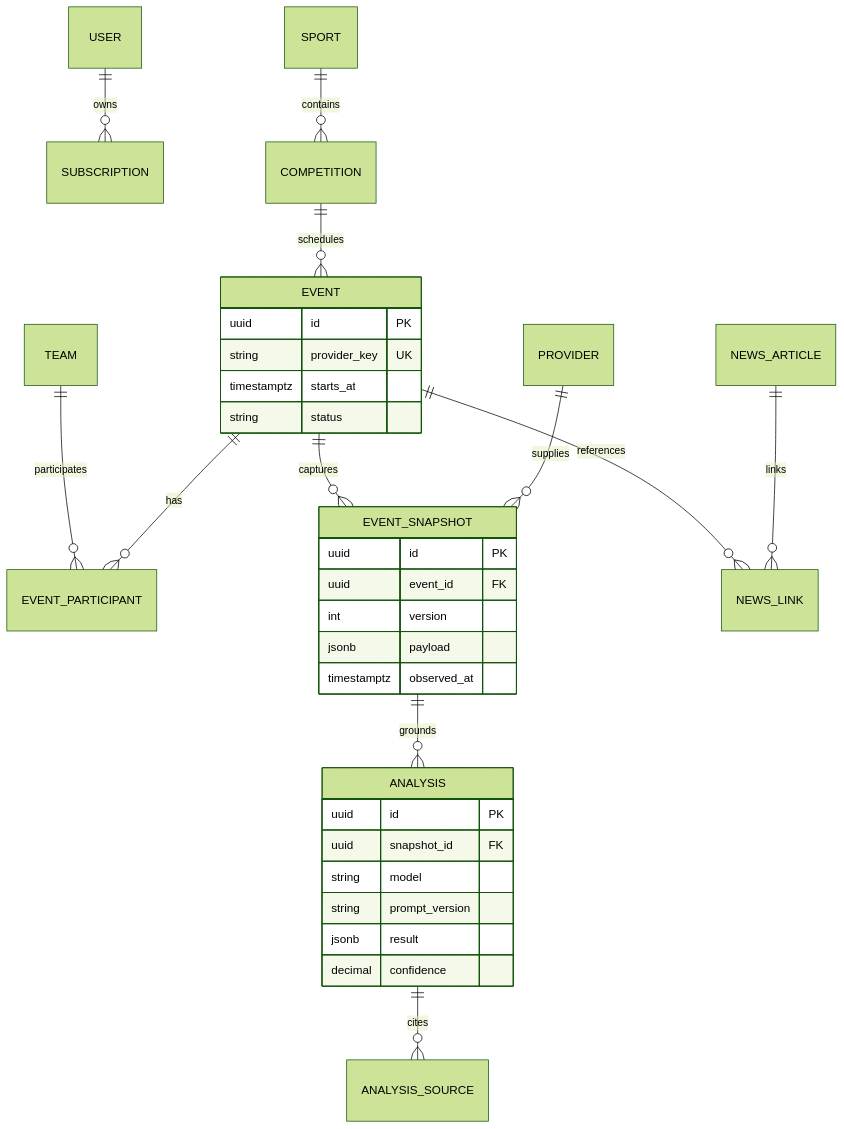
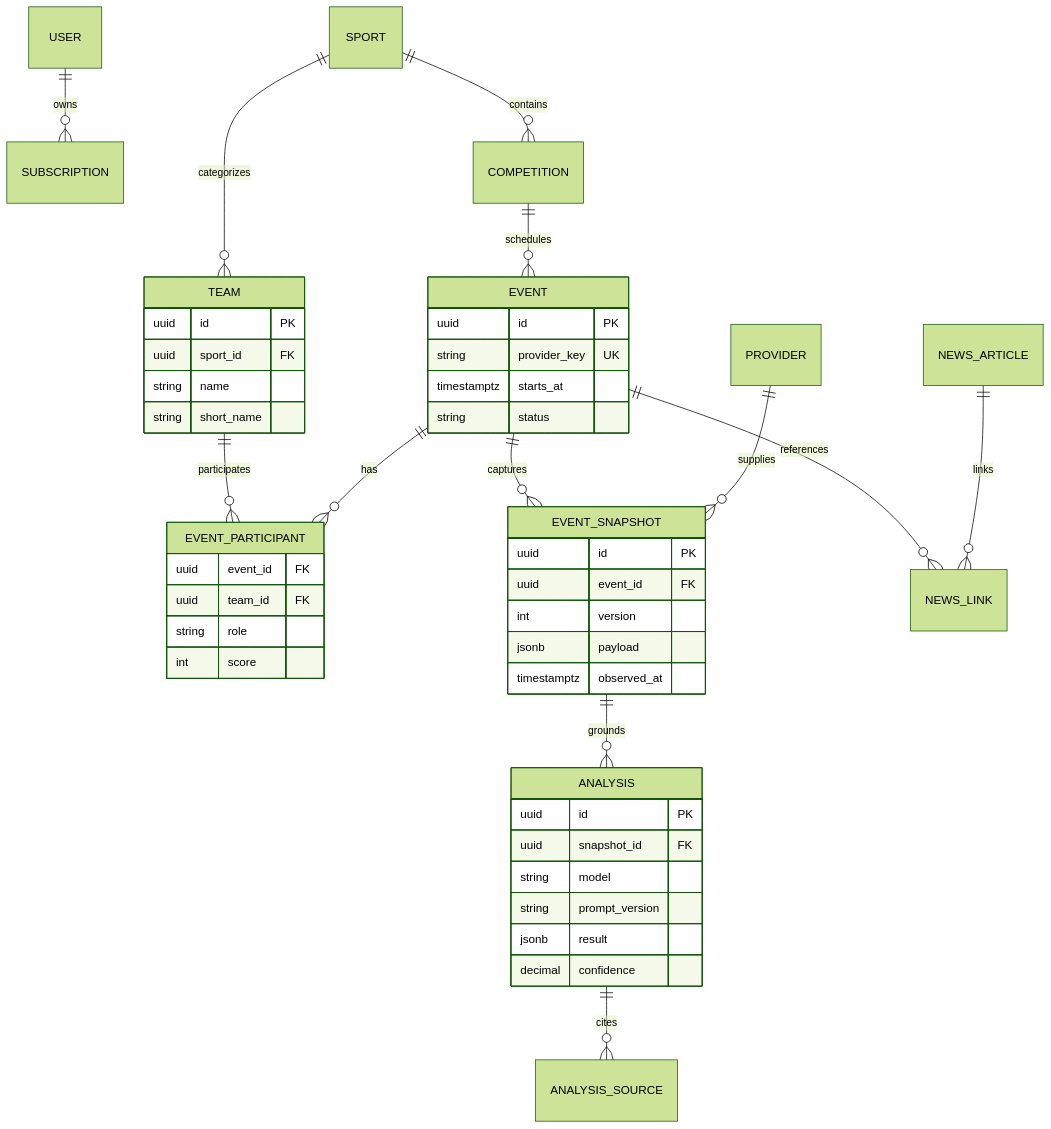
The diagram in docs/DATA_MODEL.md (Serega000777/bet.score), drawn with Mermaid (forest theme) before and after one commit. The commit also changed other lines of this file and 30 other files, not shown here.

````diff
--- a/docs/DATA_MODEL.md
+++ b/docs/DATA_MODEL.md
@@ -3,36 +3,49 @@
 ```mermaid
 erDiagram
   USER ||--o{ SUBSCRIPTION : owns
   SPORT ||--o{ COMPETITION : contains
   COMPETITION ||--o{ EVENT : schedules
+  SPORT ||--o{ TEAM : categorizes
   TEAM ||--o{ EVENT_PARTICIPANT : participates
   EVENT ||--o{ EVENT_PARTICIPANT : has
   EVENT ||--o{ EVENT_SNAPSHOT : captures
   EVENT ||--o{ NEWS_LINK : references
   NEWS_ARTICLE ||--o{ NEWS_LINK : links
   EVENT_SNAPSHOT ||--o{ ANALYSIS : grounds
   ANALYSIS ||--o{ ANALYSIS_SOURCE : cites
   PROVIDER ||--o{ EVENT_SNAPSHOT : supplies
 
   EVENT {
     uuid id PK
     string provider_key UK
     timestamptz starts_at
     string status
+  }
+  TEAM {
+    uuid id PK
+    uuid sport_id FK
+    string name
+    string short_name
+  }
+  EVENT_PARTICIPANT {
+    uuid event_id FK
+    uuid team_id FK
+    string role
+    int score
   }
   EVENT_SNAPSHOT {
     uuid id PK
     uuid event_id FK
     int version
     jsonb payload
     timestamptz observed_at
   }
   ANALYSIS {
     uuid id PK
     uuid snapshot_id FK
     string model
     string prompt_version
     jsonb result
     decimal confidence
   }
 ```
````
